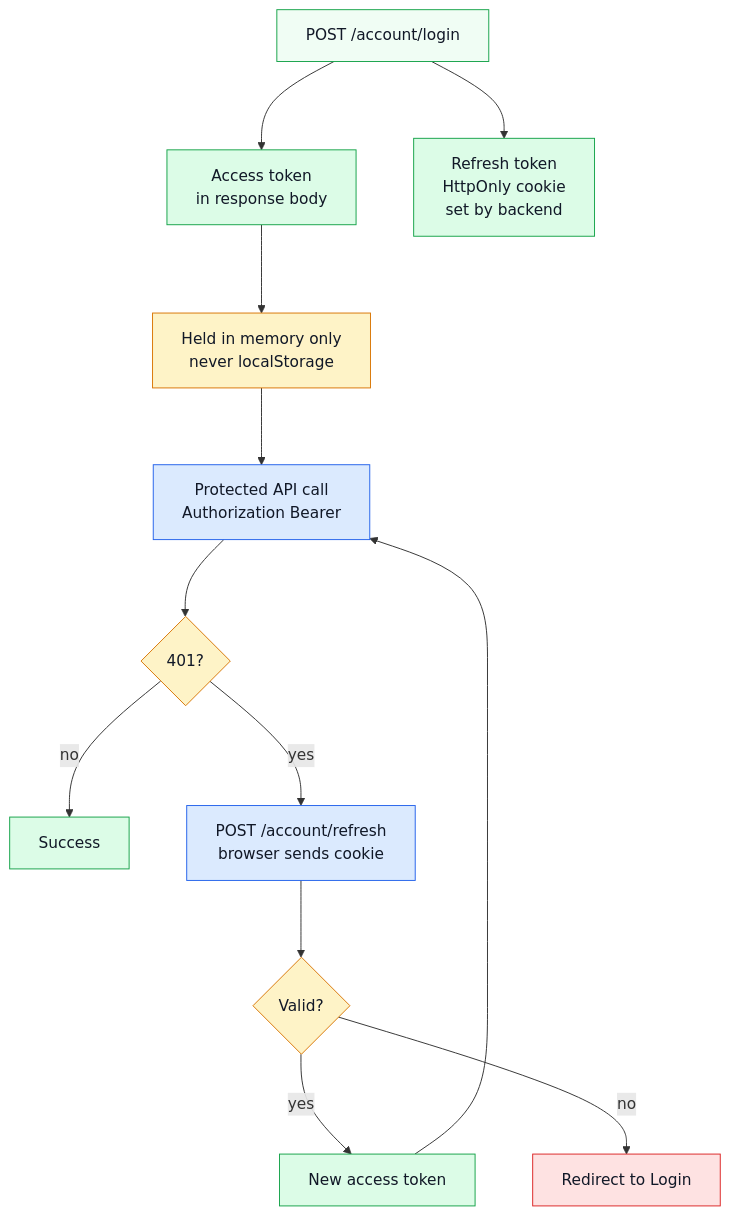
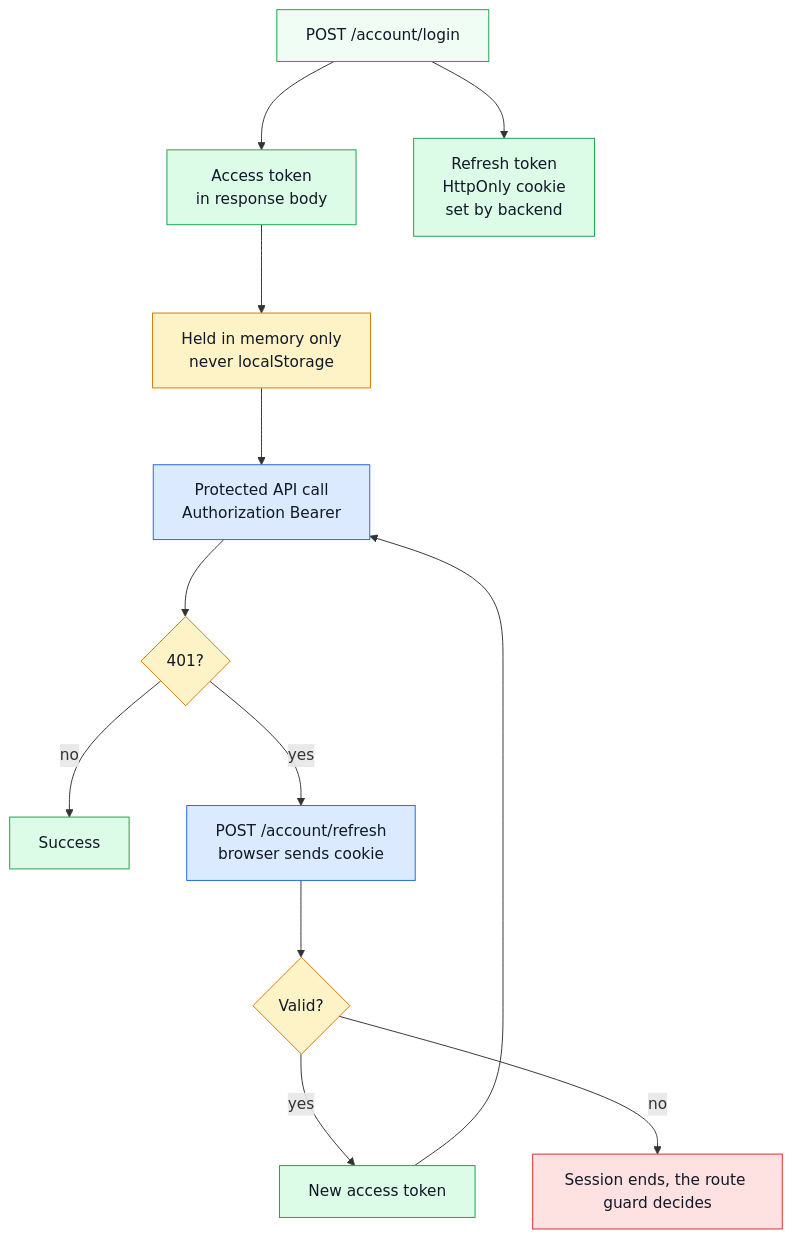
The second of 4 diagrams in docs/tools/security.md (Guebbit/boilerplate-vue-frontend), drawn with Mermaid before and after one commit. The commit also changed other lines of this file and 28 other files, not shown here.

````diff
--- a/docs/tools/security.md
+++ b/docs/tools/security.md
@@ -49,31 +49,31 @@
 ```mermaid
 %%{init: {'flowchart': {'nodeSpacing': 60, 'rankSpacing': 80}}}%%
 flowchart TD
     A[POST /account/login] --> B[Access token\nin response body]
     A --> C[Refresh token\nHttpOnly cookie\nset by backend]
     B --> D[Held in memory only\nnever localStorage]
     D --> E[Protected API call\nAuthorization Bearer]
     E --> F{401?}
     F -- no --> G[Success]
     F -- yes --> H[POST /account/refresh\nbrowser sends cookie]
     H --> I{Valid?}
     I -- yes --> J[New access token]
     J --> E
-    I -- no --> K[Redirect to Login]
+    I -- no --> K[Session ends, the route guard decides]
 
     classDef entry fill:#f0fdf4,stroke:#16a34a,color:#111827;
     classDef token fill:#dcfce7,stroke:#16a34a,color:#111827;
     classDef store fill:#fef3c7,stroke:#d97706,color:#111827;
     classDef transport fill:#dbeafe,stroke:#2563eb,color:#111827;
     classDef decision fill:#fef3c7,stroke:#d97706,color:#111827;
     classDef success fill:#dcfce7,stroke:#16a34a,color:#111827;
     classDef error fill:#fee2e2,stroke:#dc2626,color:#111827;
 
     class A entry;
     class B,C token;
     class D store;
     class E,H transport;
     class F,I decision;
     class G,J success;
     class K error;
 ```
````
